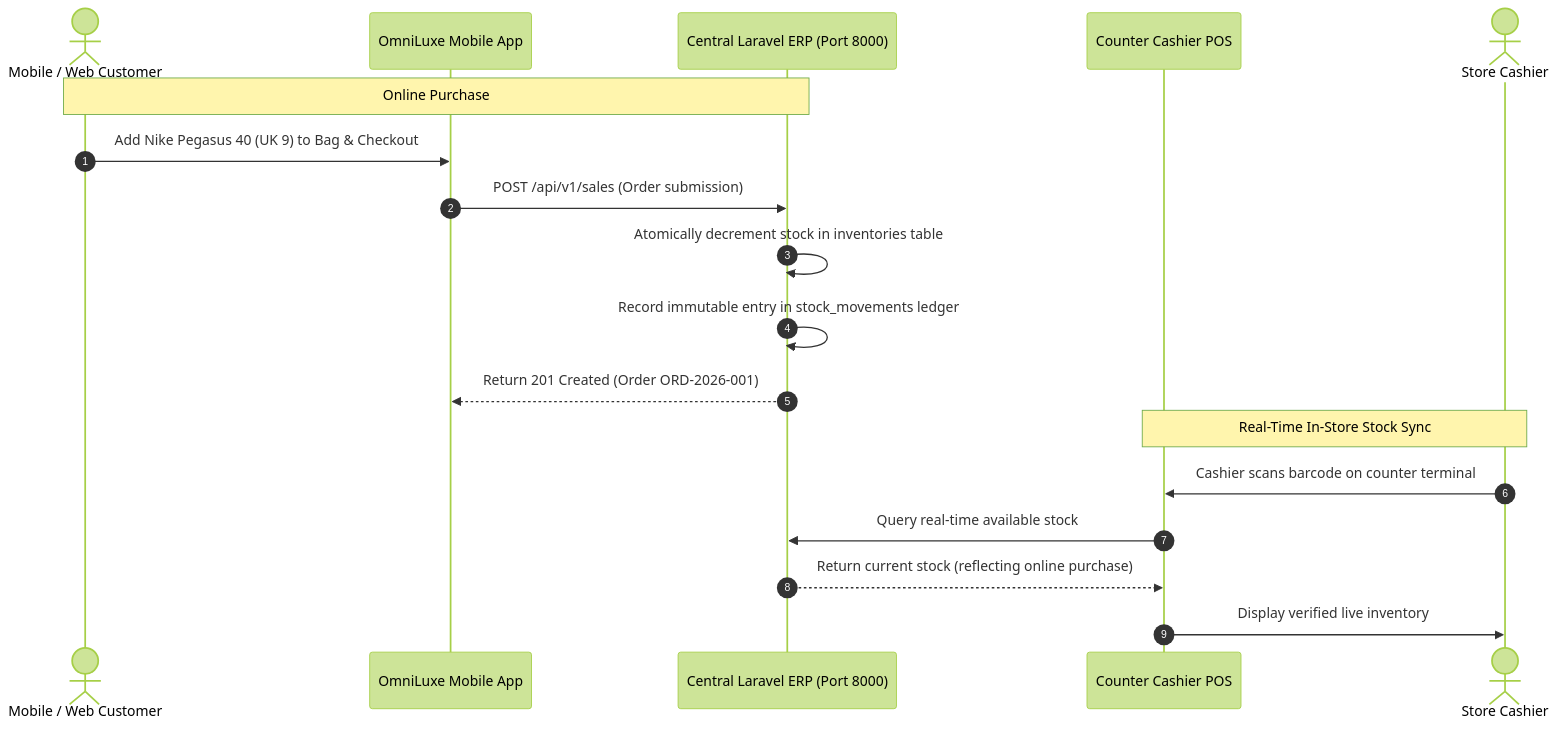
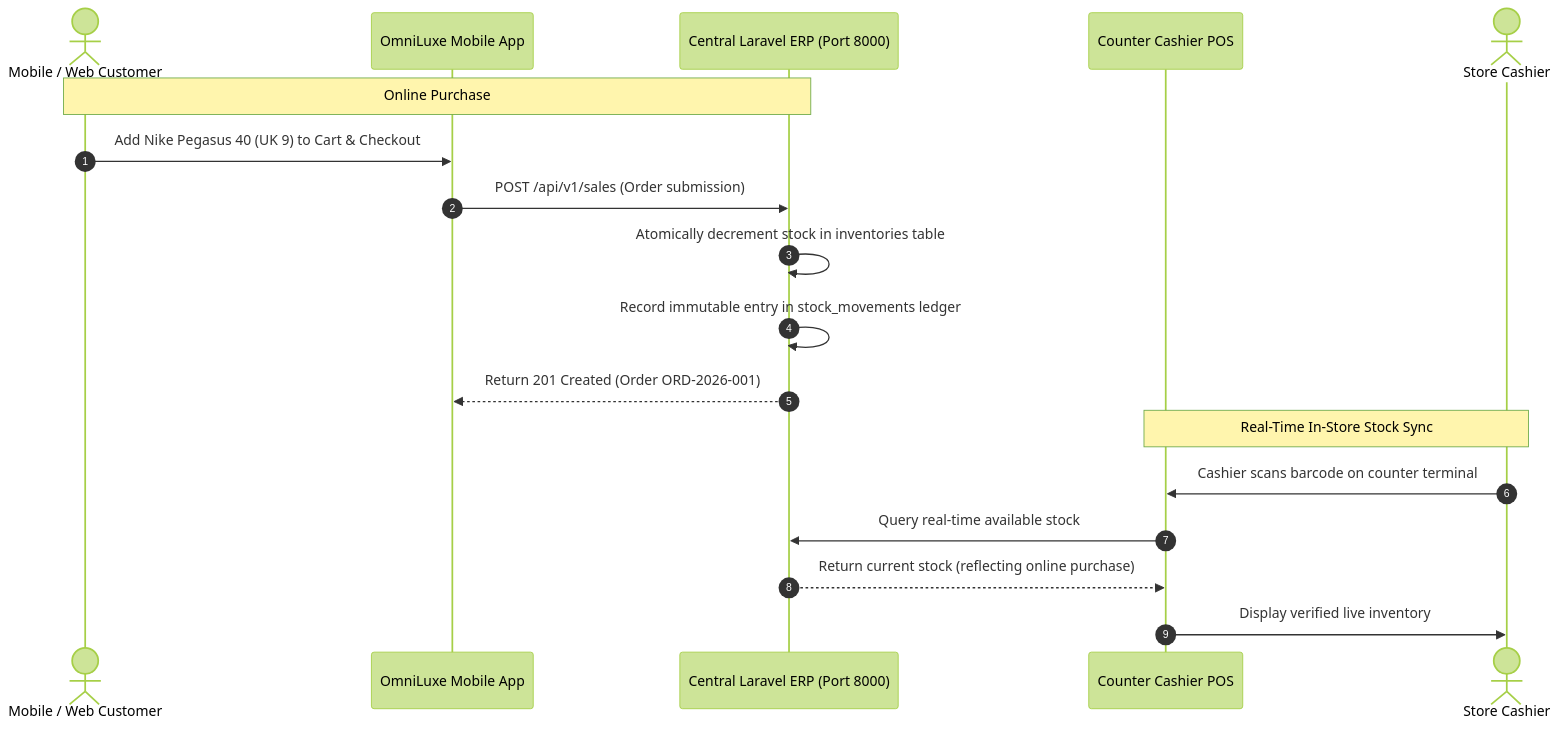
The second of 3 diagrams in documentation/architecture.md (chanakawiz/pos), drawn with Mermaid (forest theme) before and after one commit. The commit also changed other lines of this file and 43 other files, not shown here.

````diff
--- a/documentation/architecture.md
+++ b/documentation/architecture.md
@@ -145,22 +148,22 @@
 ```mermaid
 sequenceDiagram
     autonumber
     actor Shopper as Mobile / Web Customer
     participant MobileApp as OmniLuxe Mobile App
     participant CentralERP as Central Laravel ERP (Port 8000)
     participant DesktopPOS as Counter Cashier POS
     actor Cashier as Store Cashier
 
     Note over Shopper,CentralERP: Online Purchase
-    Shopper->>MobileApp: Add Nike Pegasus 40 (UK 9) to Bag & Checkout
+    Shopper->>MobileApp: Add Nike Pegasus 40 (UK 9) to Cart & Checkout
     MobileApp->>CentralERP: POST /api/v1/sales (Order submission)
     CentralERP->>CentralERP: Atomically decrement stock in inventories table
     CentralERP->>CentralERP: Record immutable entry in stock_movements ledger
     CentralERP-->>MobileApp: Return 201 Created (Order ORD-2026-001)
 
     Note over DesktopPOS,Cashier: Real-Time In-Store Stock Sync
     Cashier->>DesktopPOS: Cashier scans barcode on counter terminal
     DesktopPOS->>CentralERP: Query real-time available stock
     CentralERP-->>DesktopPOS: Return current stock (reflecting online purchase)
     DesktopPOS->>Cashier: Display verified live inventory
 ```
````
